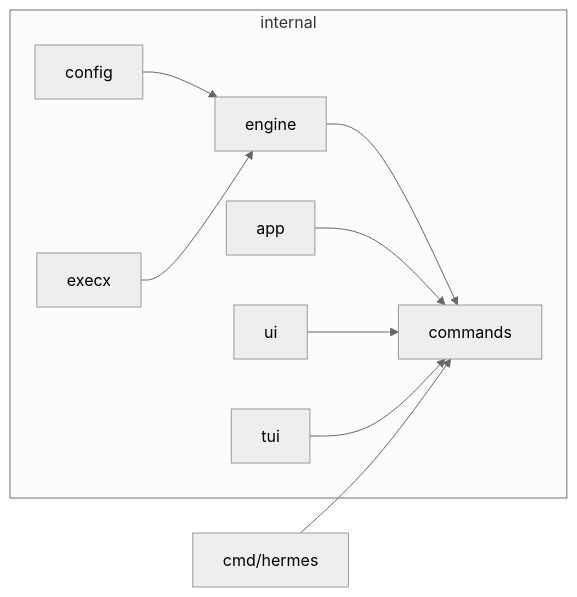
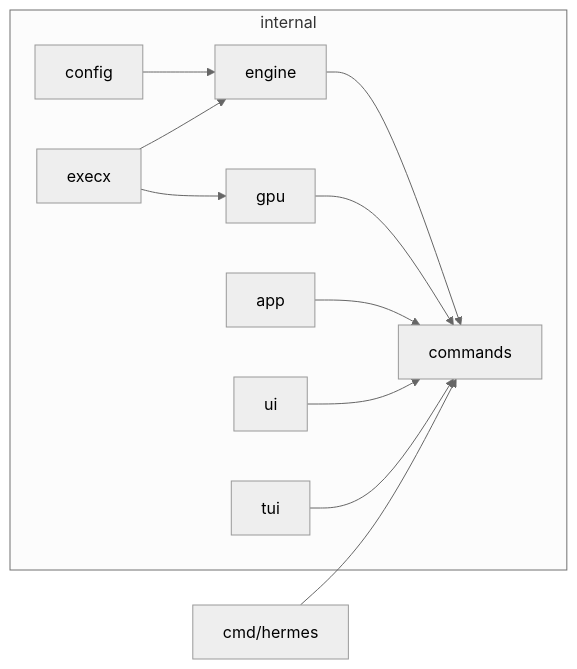
The first of 2 diagrams in docs/DESIGN.md (svngoku/hermes-cli), drawn with Mermaid (neutral theme) before and after one commit. The commit also changed other lines of this file and 6 other files, not shown here.

First line of the commit message:
docs: adapt architecture, quality, reliability, and help text to new gpu/preflight/boot implementation

````diff
--- a/docs/DESIGN.md
+++ b/docs/DESIGN.md
@@ -19,12 +19,14 @@
 ```mermaid
 flowchart LR
     subgraph internal
         config --> engine
         execx --> engine
+        execx --> gpu
+        gpu --> commands
         engine --> commands
         app --> commands
         ui --> commands
         tui --> commands
     end
     cmd[cmd/hermes] --> commands
 ```
````
